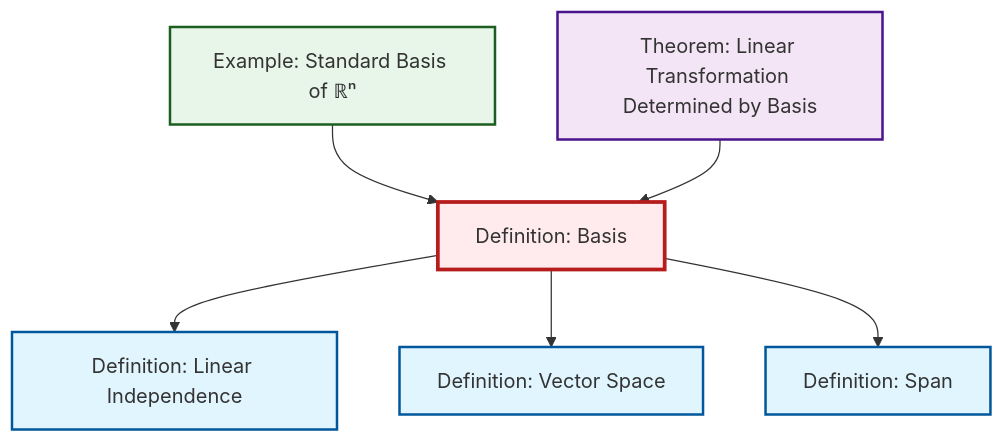
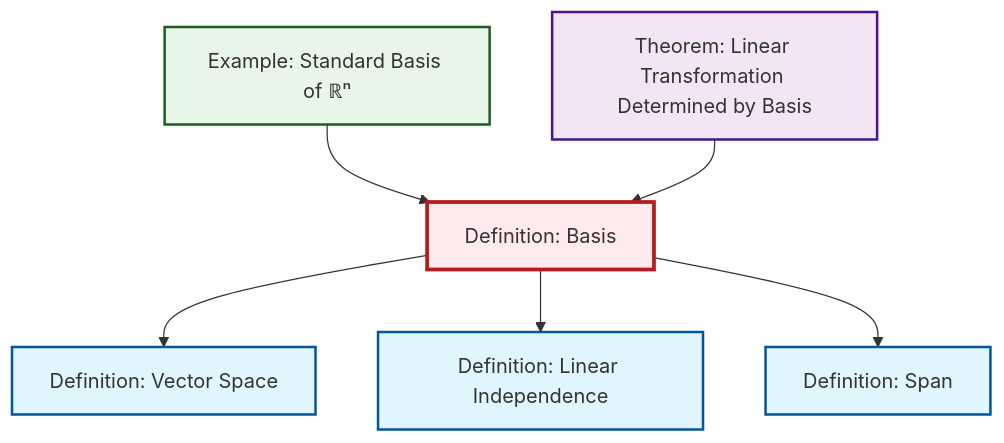
Before and after one commit to RK0429/ModernMath: the diagram in content/ja/algebra/def-basis.qmd, drawn with Mermaid. The commit also changed other lines of this file and 531 other files, not shown here.

````diff
--- a/content/ja/algebra/def-basis.qmd
+++ b/content/ja/algebra/def-basis.qmd
@@ -56,26 +56,26 @@
 ```{mermaid}
 %%| fig-cap: "Local dependency graph"
 graph TD
     classDef definition fill:#e1f5fe,stroke:#01579b,stroke-width:2px
     classDef theorem fill:#f3e5f5,stroke:#4a148c,stroke-width:2px
     classDef axiom fill:#fff3e0,stroke:#e65100,stroke-width:2px
     classDef example fill:#e8f5e9,stroke:#1b5e20,stroke-width:2px
     classDef current fill:#ffebee,stroke:#b71c1c,stroke-width:3px
+    thm-linear-transformation-basis["Theorem: Linear Transformation Determined by Basis"]:::theorem
+    ex-standard-basis-rn["Example: Standard Basis of ℝⁿ"]:::example
     def-vector-space["Definition: Vector Space"]:::definition
+    def-span["Definition: Span"]:::definition
+    def-linear-independence["Definition: Linear Independence"]:::definition
     def-basis["Definition: Basis"]:::definition
-    thm-linear-transformation-basis["Theorem: Linear Transformation Determined by Basis"]:::theorem
-    def-linear-independence["Definition: Linear Independence"]:::definition
-    ex-standard-basis-rn["Example: Standard Basis of ℝⁿ"]:::example
-    def-span["Definition: Span"]:::definition
     ex-standard-basis-rn --> def-basis
+    def-basis --> def-vector-space
+    def-basis --> def-linear-independence
+    def-basis --> def-span
     thm-linear-transformation-basis --> def-basis
-    def-basis --> def-linear-independence
-    def-basis --> def-vector-space
-    def-basis --> def-span
     class def-basis current
+    click thm-linear-transformation-basis "thm-linear-transformation-basis.html" "Theorem: Linear Transformation Determined by Basisへ"
+    click ex-standard-basis-rn "ex-standard-basis-rn.html" "Example: Standard Basis of ℝⁿへ"
     click def-vector-space "def-vector-space.html" "Definition: Vector Spaceへ"
-    click thm-linear-transformation-basis "thm-linear-transformation-basis.html" "Theorem: Linear Transformation Determined by Basisへ"
+    click def-span "def-span.html" "Definition: Spanへ"
     click def-linear-independence "def-linear-independence.html" "Definition: Linear Independenceへ"
-    click ex-standard-basis-rn "ex-standard-basis-rn.html" "Example: Standard Basis of ℝⁿへ"
-    click def-span "def-span.html" "Definition: Spanへ"
 ```
````
